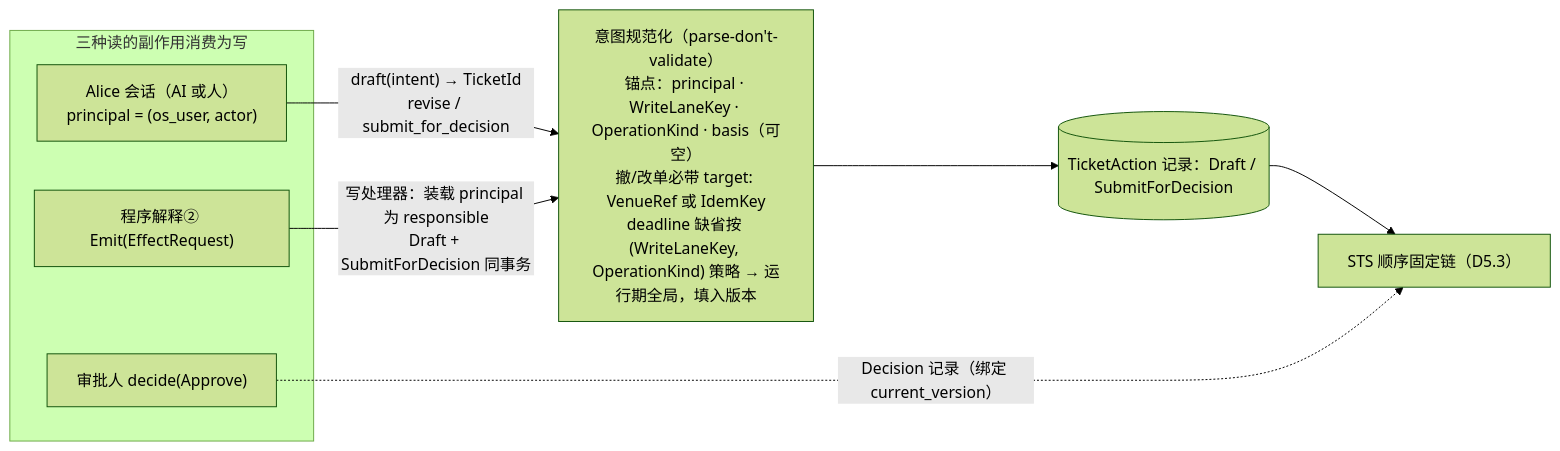
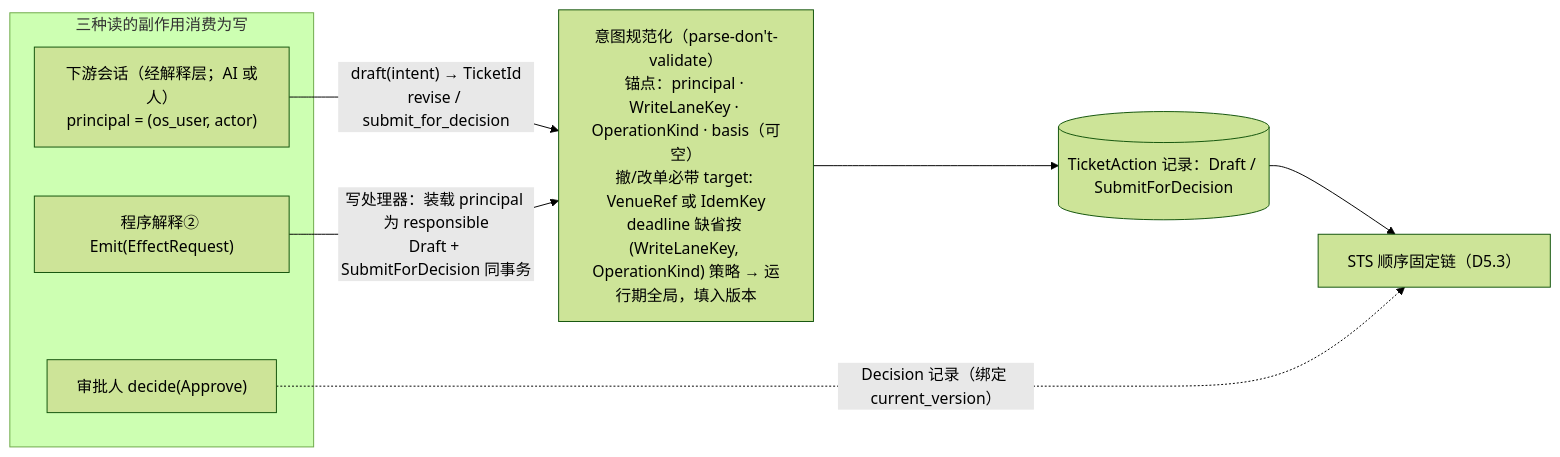
Before and after one commit to mouriya-s-lab/uta: the second of 6 diagrams in design/diagrams/05-ticket-and-sts.md, drawn with Mermaid (forest theme). The commit also changed 17 other files, not shown here.

````diff
--- a/design/diagrams/05-ticket-and-sts.md
+++ b/design/diagrams/05-ticket-and-sts.md
@@ -53,14 +53,14 @@
 ```mermaid
 flowchart LR
   subgraph SRC["三种读的副作用消费为写"]
-    AI["Alice 会话（AI 或人）<br/>principal = (os_user, actor)"]
+    AI["下游会话（经解释层；AI 或人）<br/>principal = (os_user, actor)"]
     PROG["程序解释② Emit(EffectRequest)"]
     APPR["审批人 decide(Approve)"]
   end
   AI -->|"draft(intent) → TicketId<br/>revise / submit_for_decision"| NORM
   PROG -->|"写处理器：装载 principal 为 responsible<br/>Draft + SubmitForDecision 同事务"| NORM
   NORM["意图规范化（parse-don't-validate）<br/>锚点：principal · WriteLaneKey · OperationKind · basis（可空）<br/>撤/改单必带 target: VenueRef 或 IdemKey<br/>deadline 缺省按 (WriteLaneKey, OperationKind) 策略 → 运行期全局，填入版本"]
   NORM --> TK[("TicketAction 记录：Draft / SubmitForDecision")]
   TK --> STS["STS 顺序固定链（D5.3）"]
   APPR -.->|"Decision 记录（绑定 current_version）"| STS
 ```
````
